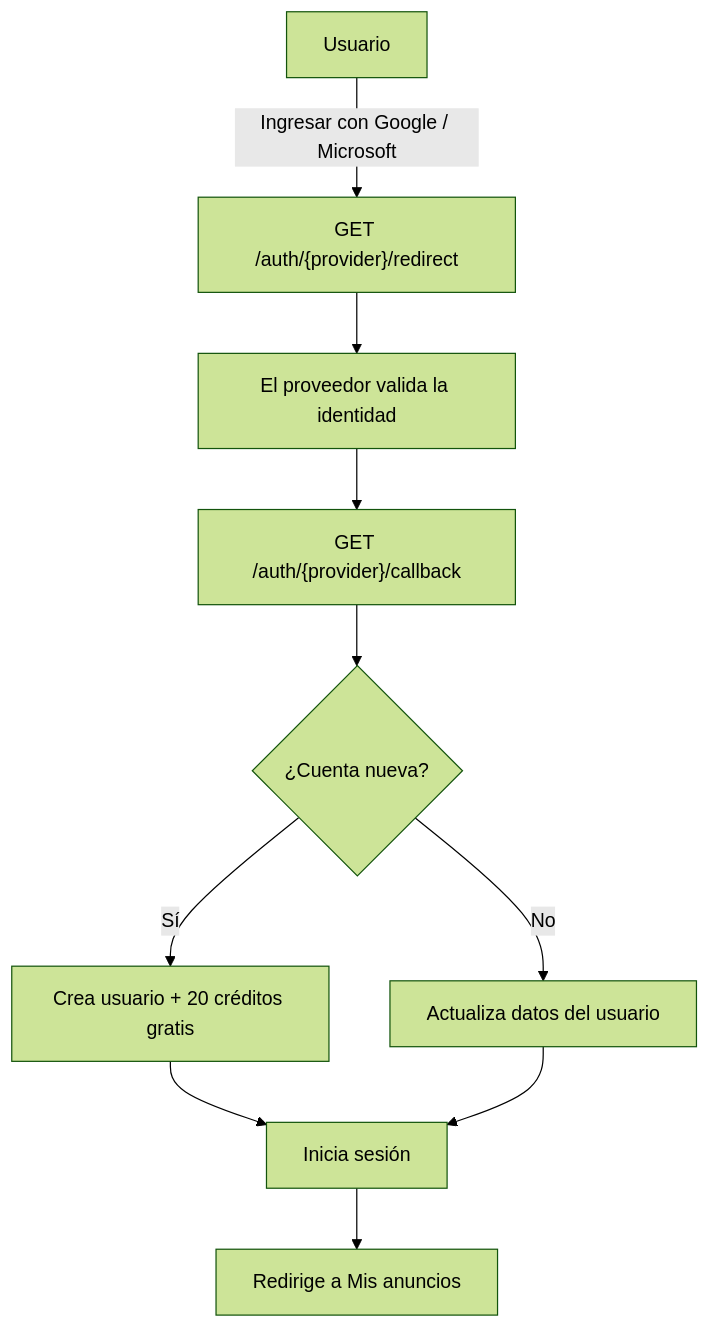
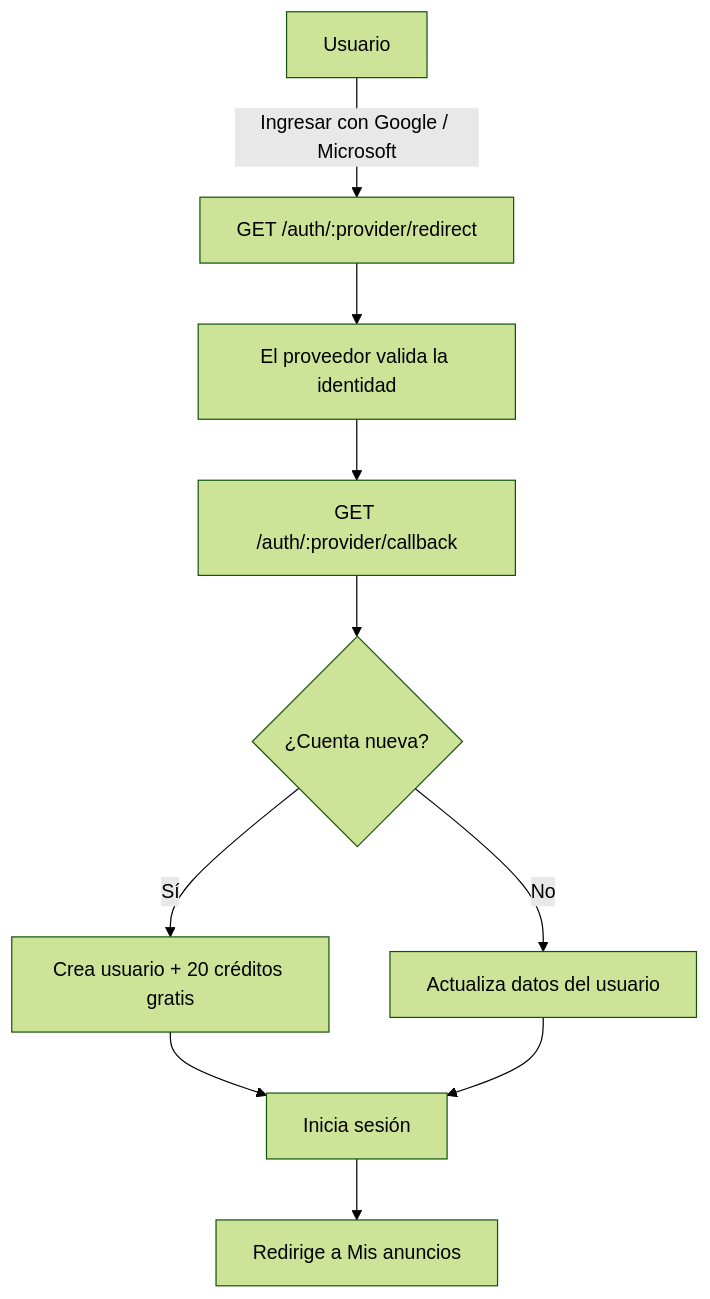
One commit to kitikazis/pasarela-culqi changed the first of 5 diagrams in DIAGRAMAS.md. Above: the diagram before and after it, drawn with Mermaid (forest theme). The commit also changed other lines of this file, not shown here.

First line of the commit message:
fix(docs): diagramas Mermaid renderizan (quita llaves {} de las etiquetas)

````diff
--- a/DIAGRAMAS.md
+++ b/DIAGRAMAS.md
@@ -11,12 +11,12 @@
 ```mermaid
 flowchart TD
-    A["Usuario"] -->|"Ingresar con Google / Microsoft"| B["GET /auth/{provider}/redirect"]
+    A["Usuario"] -->|"Ingresar con Google / Microsoft"| B["GET /auth/:provider/redirect"]
     B --> C["El proveedor valida la identidad"]
-    C --> D["GET /auth/{provider}/callback"]
+    C --> D["GET /auth/:provider/callback"]
     D --> E{"¿Cuenta nueva?"}
     E -->|"Sí"| F["Crea usuario + 20 créditos gratis"]
     E -->|"No"| G["Actualiza datos del usuario"]
     F --> H["Inicia sesión"]
     G --> H
     H --> I["Redirige a Mis anuncios"]
 ```
````
